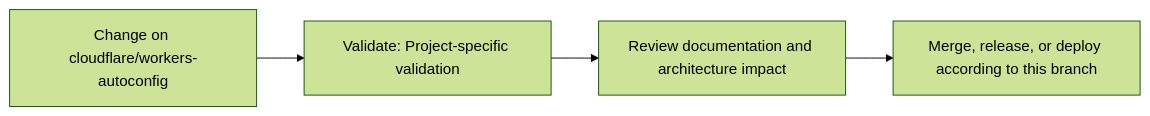
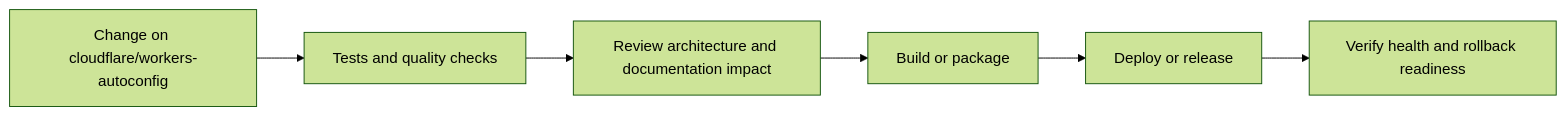
One commit to Nischhalsubba/samrita.com.np changed the fourth of 5 diagrams in README.md. Above: the diagram before and after it, drawn with Mermaid (forest theme). The commit also changed other lines of this file, not shown here.

````diff
--- a/README.md
+++ b/README.md
@@ -65,8 +135,8 @@
 ```mermaid
 flowchart LR
-    CHANGE["Change on cloudflare/workers-autoconfig"]
-    CHECK["Validate: Project-specific validation"]
-    REVIEW["Review documentation and architecture impact"]
-    RELEASE["Merge, release, or deploy according to this branch"]
-    CHANGE --> CHECK --> REVIEW --> RELEASE
+    CHANGE["Change on cloudflare/workers-autoconfig"] --> CHECK["Tests and quality checks"]
+    CHECK --> REVIEW["Review architecture and documentation impact"]
+    REVIEW --> BUILD["Build or package"]
+    BUILD --> DEPLOY["Deploy or release"]
+    DEPLOY --> VERIFY["Verify health and rollback readiness"]
 ```
````
